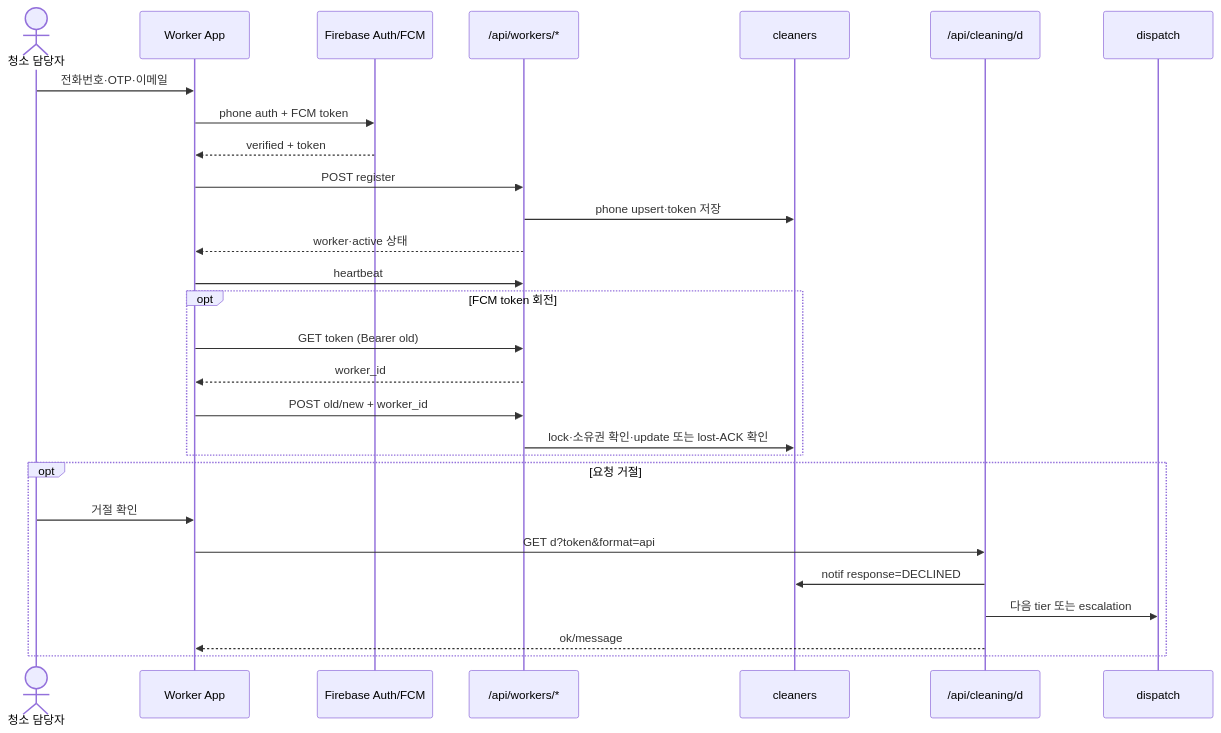
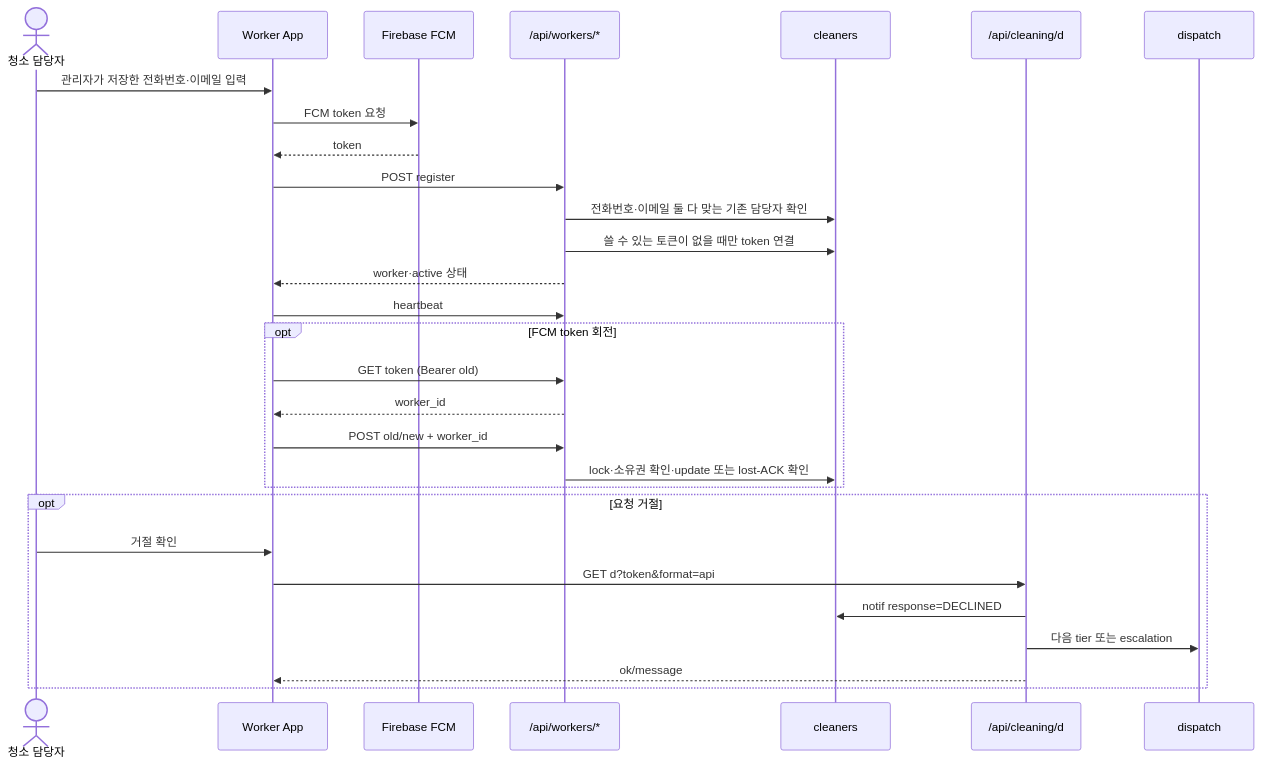
One commit to adckang/propos changed the sixth of 8 diagrams in runtime_interfaces_and_collaboration.md. Above: the diagram before and after it, drawn with Mermaid. The commit also changed other lines of this file and 7 other files, not shown here.

````diff
--- a/runtime_interfaces_and_collaboration.md
+++ b/runtime_interfaces_and_collaboration.md
@@ -429,33 +429,34 @@
 ```mermaid
 sequenceDiagram
   actor Cleaner as 청소 담당자
   participant App as Worker App
-  participant Firebase as Firebase Auth/FCM
+  participant Firebase as Firebase FCM
   participant WorkerAPI as /api/workers/*
   participant DB as cleaners
   participant CleanAPI as /api/cleaning/d
   participant Dispatch as dispatch
 
-  Cleaner->>App: 전화번호·OTP·이메일
-  App->>Firebase: phone auth + FCM token
-  Firebase-->>App: verified + token
+  Cleaner->>App: 관리자가 저장한 전화번호·이메일 입력
+  App->>Firebase: FCM token 요청
+  Firebase-->>App: token
   App->>WorkerAPI: POST register
-  WorkerAPI->>DB: phone upsert·token 저장
+  WorkerAPI->>DB: 전화번호·이메일 둘 다 맞는 기존 담당자 확인
+  WorkerAPI->>DB: 쓸 수 있는 토큰이 없을 때만 token 연결
   WorkerAPI-->>App: worker·active 상태
   App->>WorkerAPI: heartbeat
 
   opt FCM token 회전
     App->>WorkerAPI: GET token (Bearer old)
     WorkerAPI-->>App: worker_id
     App->>WorkerAPI: POST old/new + worker_id
     WorkerAPI->>DB: lock·소유권 확인·update 또는 lost-ACK 확인
   end
 
   opt 요청 거절
     Cleaner->>App: 거절 확인
     App->>CleanAPI: GET d?token&format=api
     CleanAPI->>DB: notif response=DECLINED
     CleanAPI->>Dispatch: 다음 tier 또는 escalation
     CleanAPI-->>App: ok/message
   end
 ```
````
